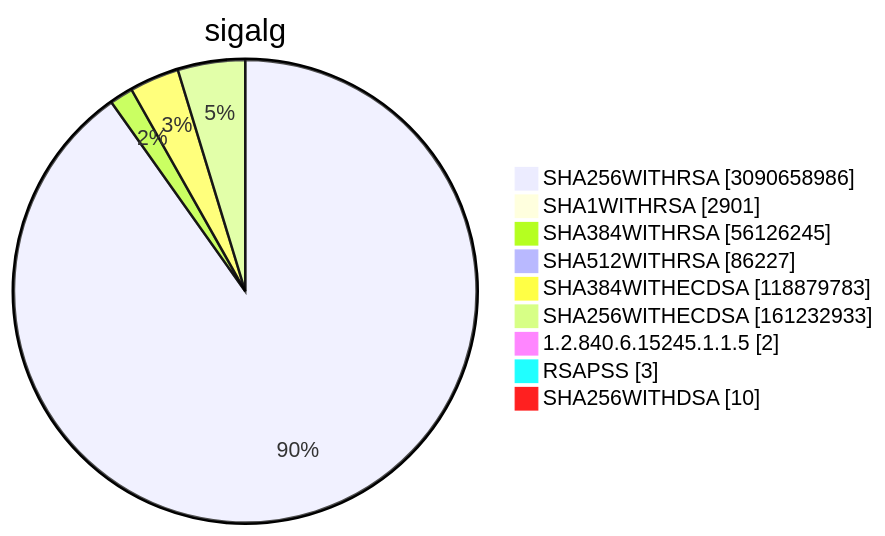
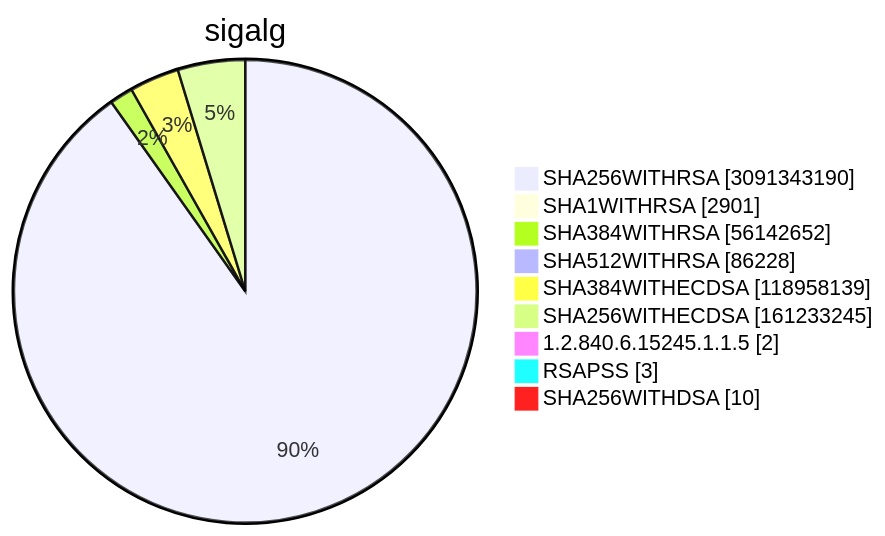
Diagram 15 of 15 in TOTAL/README.md (christiankrug/ctmonitor_visualization), drawn with Mermaid before and after one commit. The commit also changed other lines of this file, not shown here.

````diff
--- a/TOTAL/README.md
+++ b/TOTAL/README.md
@@ -6211,13 +6211,13 @@
 ```mermaid
 pie showData
 title sigalg
-"SHA256WITHRSA" :3090658986
+"SHA256WITHRSA" :3091343190
 "SHA1WITHRSA" :2901
-"SHA384WITHRSA" :56126245
-"SHA512WITHRSA" :86227
-"SHA384WITHECDSA" :118879783
-"SHA256WITHECDSA" :161232933
+"SHA384WITHRSA" :56142652
+"SHA512WITHRSA" :86228
+"SHA384WITHECDSA" :118958139
+"SHA256WITHECDSA" :161233245
 "1.2.840.6.15245.1.1.5" :2
 "RSAPSS" :3
 "SHA256WITHDSA" :10
 ```
````
